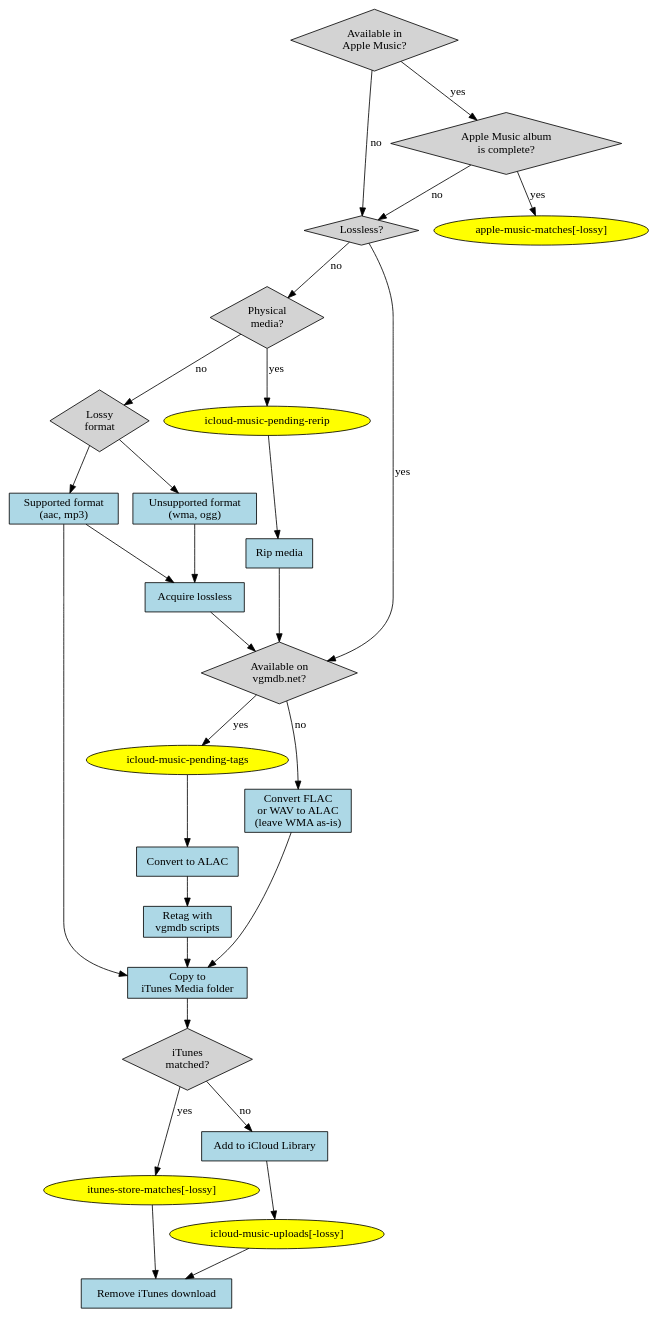
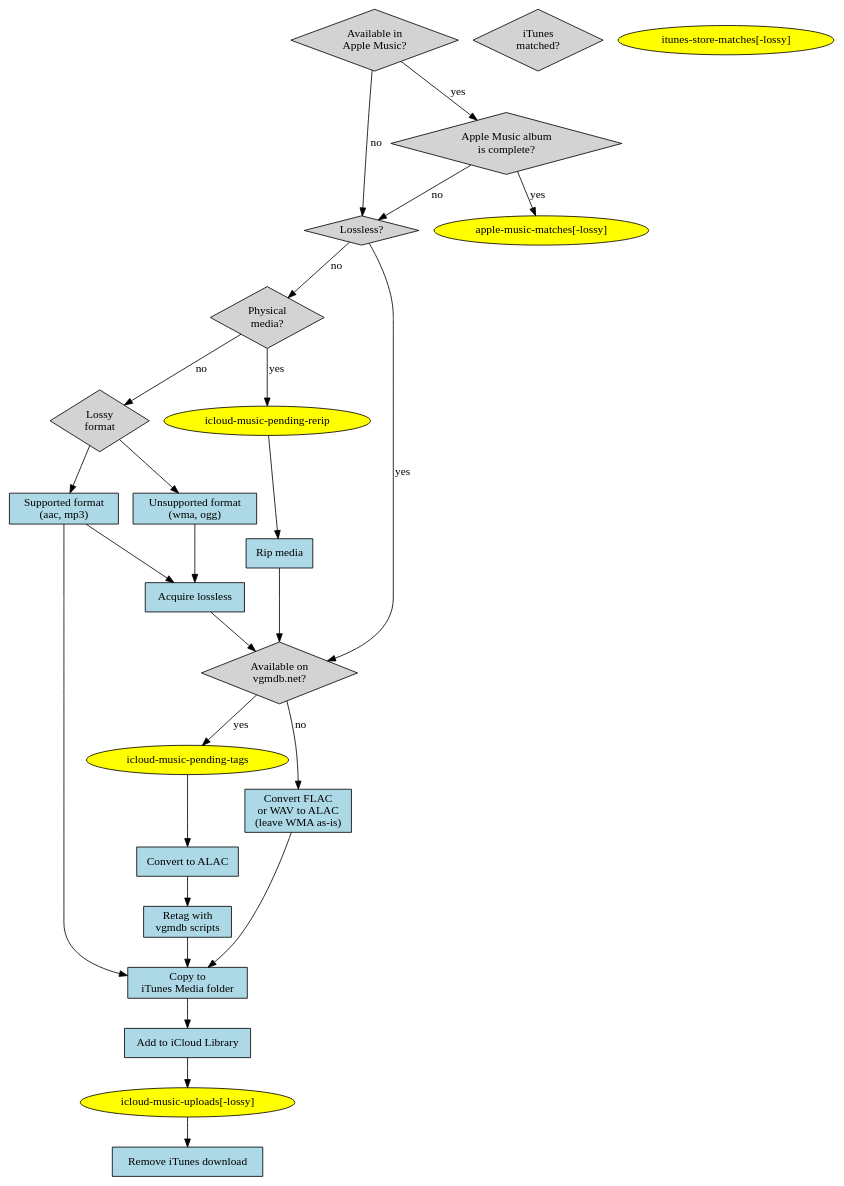
The diagram in workflow.gv (aaron-meyers/music-migration), drawn with Graphviz before and after one commit. The commit also changed 10 other files, not shown here.

```diff
--- a/workflow.gv
+++ b/workflow.gv
@@ -1,59 +1,56 @@
 digraph {
     fontname="Calibri"
     node [fontname="Calibri"]
     edge [fontname="Calibri"]
 
     node [shape=diamond style=filled fillcolor=lightgray]
     is_apple_music_available [label="Available in\nApple Music?"]
     is_apple_music_complete [label="Apple Music album\nis complete?"]
     is_lossless [label="Lossless?"]
     is_vgmdb_available [label="Available on\nvgmdb.net?"]
     itunes_matched [label="iTunes\nmatched?"]
     have_physical_media [label="Physical\nmedia?"]
     lossy_format [label="Lossy\nformat"]
 
     node [shape=oval fillcolor=yellow]
     apple_music_matches [label="apple-music-matches[-lossy]"]
     itunes_store_matches [label="itunes-store-matches[-lossy]"]
     icloud_music_pending_rerip [label="icloud-music-pending-rerip"]
     icloud_music_pending_tags [label="icloud-music-pending-tags"]
     icloud_music_uploads [label="icloud-music-uploads[-lossy]"]
 
     node [shape=rect fillcolor=lightblue]
     rip_media [label="Rip media"]
     supported_lossy_format [label="Supported format\n(aac, mp3)"]
     unsupported_lossy_format [label="Unsupported format\n(wma, ogg)"]
     acquire_lossless [label="Acquire lossless"]
     convert_flac_to_alac [label="Convert FLAC\nor WAV to ALAC\n(leave WMA as-is)"]
     convert_to_alac [label="Convert to ALAC"]
     vgmdb_scripts [label="Retag with\nvgmdb scripts"]
     copy_to_itunes_media [label="Copy to\niTunes Media folder"]
     add_to_icloud_library [label="Add to iCloud Library"]
     remove_itunes_download [label="Remove iTunes download"]
 
     is_apple_music_available -> is_apple_music_complete [label="yes"]
     is_apple_music_complete -> apple_music_matches [label="yes"]
     is_apple_music_complete -> is_lossless [label="no"]
 
     is_apple_music_available -> is_lossless [label="no"]
     is_lossless -> is_vgmdb_available [label="yes"]
     is_vgmdb_available -> icloud_music_pending_tags [label="yes"]
     icloud_music_pending_tags -> convert_to_alac -> vgmdb_scripts
-    vgmdb_scripts -> copy_to_itunes_media -> itunes_matched
-    itunes_matched -> itunes_store_matches [label="yes"]
-    itunes_matched -> add_to_icloud_library [label="no"]
+    vgmdb_scripts -> copy_to_itunes_media -> add_to_icloud_library
     add_to_icloud_library -> icloud_music_uploads -> remove_itunes_download
-    itunes_store_matches -> remove_itunes_download
 
     is_vgmdb_available -> convert_flac_to_alac [label="no"]
     convert_flac_to_alac -> copy_to_itunes_media 
 
     is_lossless -> have_physical_media [label="no"]
     have_physical_media -> icloud_music_pending_rerip [label="yes"]
     icloud_music_pending_rerip -> rip_media -> is_vgmdb_available
     have_physical_media -> lossy_format [label="no"]
     lossy_format -> supported_lossy_format -> copy_to_itunes_media
     supported_lossy_format -> acquire_lossless
     lossy_format -> unsupported_lossy_format -> acquire_lossless
     acquire_lossless -> is_vgmdb_available
 }
```
